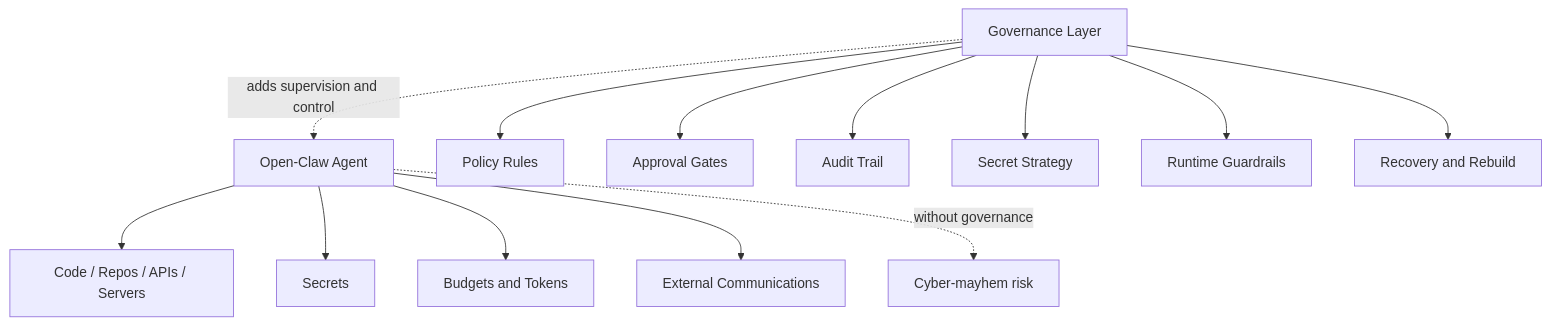
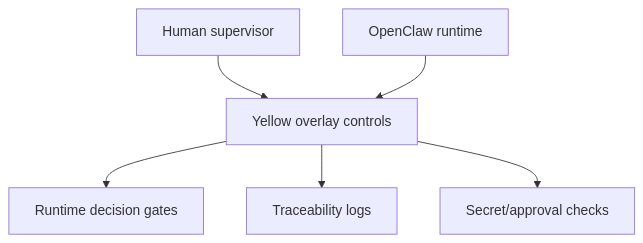
Before and after one commit to Eurobotics-Association/openclaw-yellow: the first of 2 diagrams in README.md, drawn with Mermaid. The commit also changed other lines of this file and 5 other files, not shown here.

````diff
--- a/README.md
+++ b/README.md
@@ -50,17 +75,8 @@
 ```mermaid
 flowchart TD
-    A[Open-Claw Agent] --> B[Code / Repos / APIs / Servers]
-    A --> C[Secrets]
-    A --> D[Budgets and Tokens]
-    A --> E[External Communications]
-
-    F[Governance Layer] --> G[Policy Rules]
-    F --> H[Approval Gates]
-    F --> I[Audit Trail]
-    F --> J[Secret Strategy]
-    F --> K[Runtime Guardrails]
-    F --> L[Recovery and Rebuild]
-
-    A -.without governance.-> M[Cyber-mayhem risk]
-    F -.adds supervision and control.-> A
+    H[Human supervisor] --> Y[Yellow overlay controls]
+    O[OpenClaw runtime] --> Y
+    Y --> R[Runtime decision gates]
+    Y --> T[Traceability logs]
+    Y --> S[Secret/approval checks]
 ```
````
